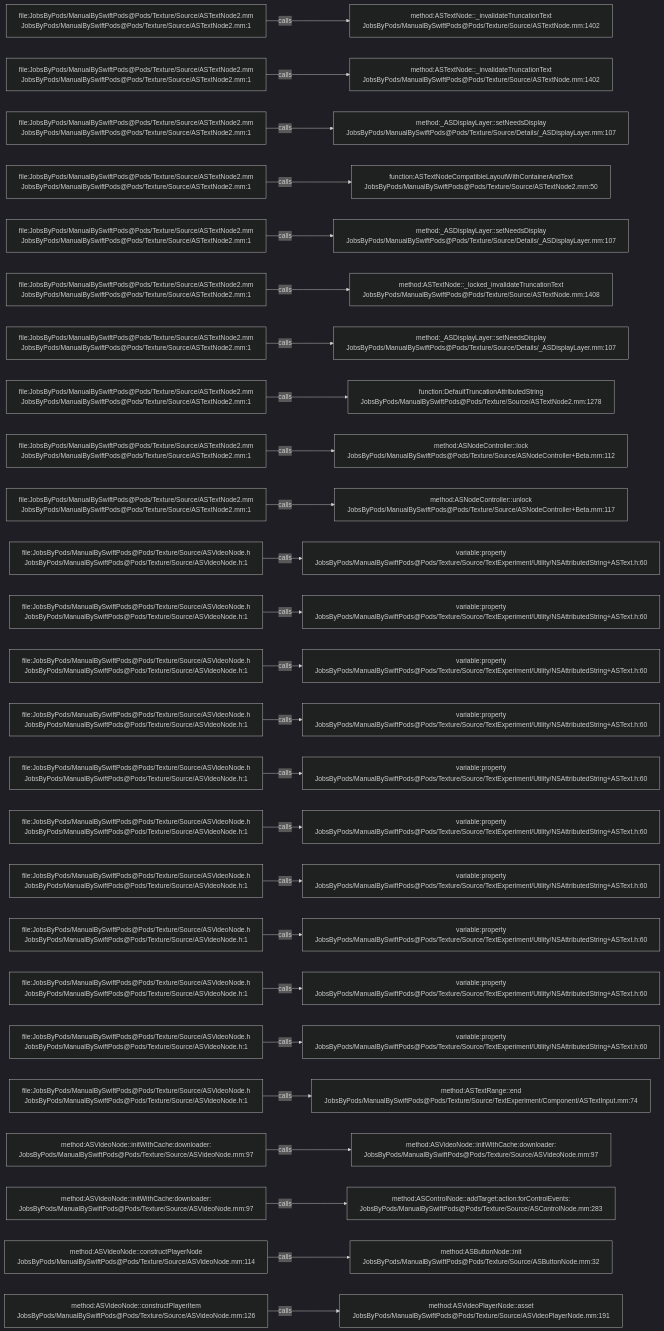
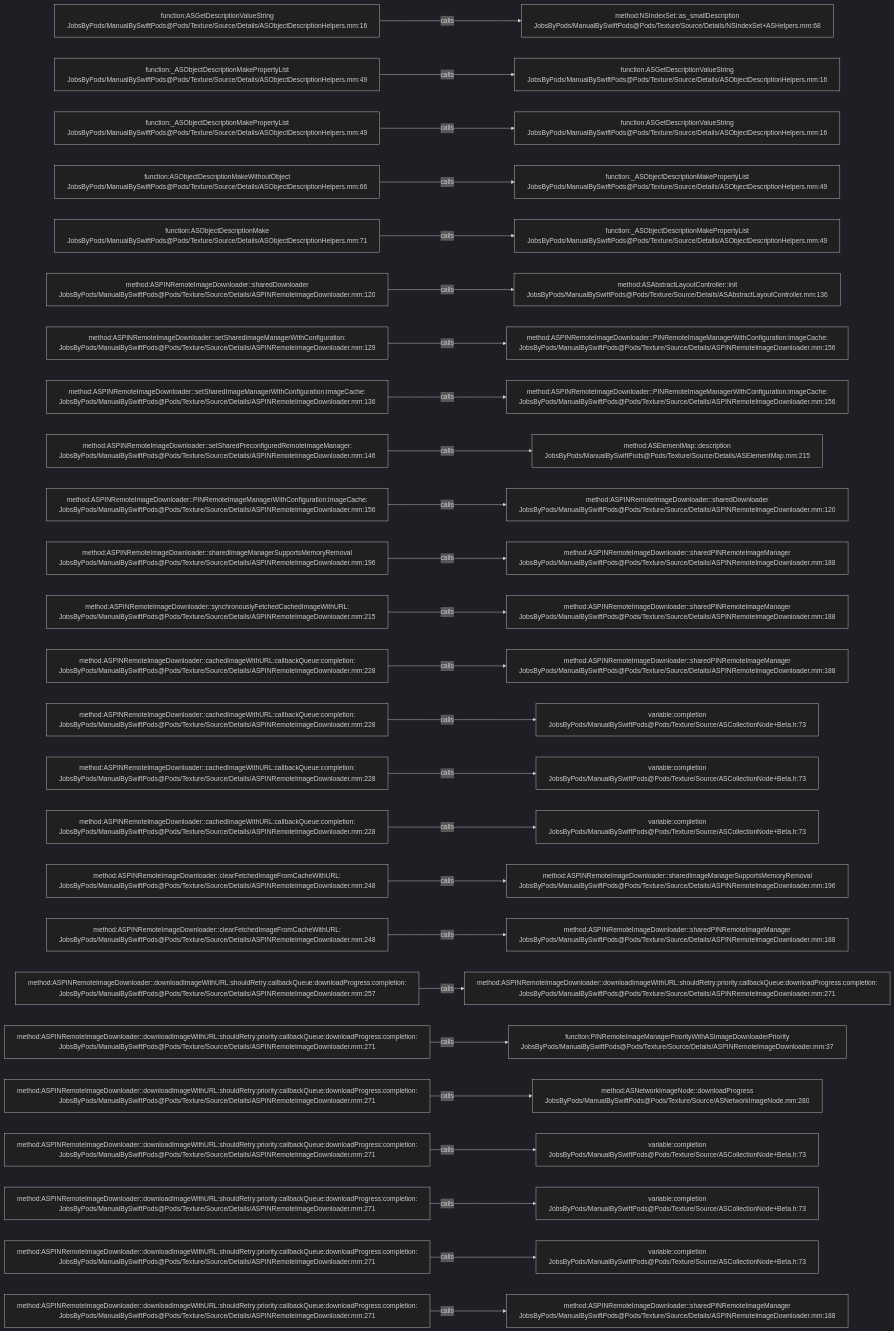
The diagram in .codegraph/codegraph.md/graphs/calls-092.md (JobsKits/JobsSwiftBaseConfigDemo), drawn with Mermaid (dark theme) before and after one commit. The commit also changed 832 other files, not shown here.

````diff
--- a/.codegraph/codegraph.md/graphs/calls-092.md
+++ b/.codegraph/codegraph.md/graphs/calls-092.md
@@ -13,78 +13,78 @@
 ```mermaid
 flowchart LR
-  S1["file:JobsByPods/ManualBySwiftPods@Pods/Texture/Source/ASTextNode2.mm<br/>JobsByPods/ManualBySwiftPods@Pods/Texture/Source/ASTextNode2.mm:1"]
-  T1["method:ASTextNode::_invalidateTruncationText<br/>JobsByPods/ManualBySwiftPods@Pods/Texture/Source/ASTextNode.mm:1402"]
+  S1["function:ASGetDescriptionValueString<br/>JobsByPods/ManualBySwiftPods@Pods/Texture/Source/Details/ASObjectDescriptionHelpers.mm:16"]
+  T1["method:NSIndexSet::as_smallDescription<br/>JobsByPods/ManualBySwiftPods@Pods/Texture/Source/Details/NSIndexSet+ASHelpers.mm:68"]
   S1 -->|calls| T1
-  S2["file:JobsByPods/ManualBySwiftPods@Pods/Texture/Source/ASTextNode2.mm<br/>JobsByPods/ManualBySwiftPods@Pods/Texture/Source/ASTextNode2.mm:1"]
-  T2["method:ASTextNode::_invalidateTruncationText<br/>JobsByPods/ManualBySwiftPods@Pods/Texture/Source/ASTextNode.mm:1402"]
+  S2["function:_ASObjectDescriptionMakePropertyList<br/>JobsByPods/ManualBySwiftPods@Pods/Texture/Source/Details/ASObjectDescriptionHelpers.mm:49"]
+  T2["function:ASGetDescriptionValueString<br/>JobsByPods/ManualBySwiftPods@Pods/Texture/Source/Details/ASObjectDescriptionHelpers.mm:16"]
   S2 -->|calls| T2
-  S3["file:JobsByPods/ManualBySwiftPods@Pods/Texture/Source/ASTextNode2.mm<br/>JobsByPods/ManualBySwiftPods@Pods/Texture/Source/ASTextNode2.mm:1"]
-  T3["method:_ASDisplayLayer::setNeedsDisplay<br/>JobsByPods/ManualBySwiftPods@Pods/Texture/Source/Details/_ASDisplayLayer.mm:107"]
+  S3["function:_ASObjectDescriptionMakePropertyList<br/>JobsByPods/ManualBySwiftPods@Pods/Texture/Source/Details/ASObjectDescriptionHelpers.mm:49"]
+  T3["function:ASGetDescriptionValueString<br/>JobsByPods/ManualBySwiftPods@Pods/Texture/Source/Details/ASObjectDescriptionHelpers.mm:16"]
   S3 -->|calls| T3
-  S4["file:JobsByPods/ManualBySwiftPods@Pods/Texture/Source/ASTextNode2.mm<br/>JobsByPods/ManualBySwiftPods@Pods/Texture/Source/ASTextNode2.mm:1"]
-  T4["function:ASTextNodeCompatibleLayoutWithContainerAndText<br/>JobsByPods/ManualBySwiftPods@Pods/Texture/Source/ASTextNode2.mm:50"]
+  S4["function:ASObjectDescriptionMakeWithoutObject<br/>JobsByPods/ManualBySwiftPods@Pods/Texture/Source/Details/ASObjectDescriptionHelpers.mm:66"]
+  T4["function:_ASObjectDescriptionMakePropertyList<br/>JobsByPods/ManualBySwiftPods@Pods/Texture/Source/Details/ASObjectDescriptionHelpers.mm:49"]
   S4 -->|calls| T4
-  S5["file:JobsByPods/ManualBySwiftPods@Pods/Texture/Source/ASTextNode2.mm<br/>JobsByPods/ManualBySwiftPods@Pods/Texture/Source/ASTextNode2.mm:1"]
-  T5["method:_ASDisplayLayer::setNeedsDisplay<br/>JobsByPods/ManualBySwiftPods@Pods/Texture/Source/Details/_ASDisplayLayer.mm:107"]
+  S5["function:ASObjectDescriptionMake<br/>JobsByPods/ManualBySwiftPods@Pods/Texture/Source/Details/ASObjectDescriptionHelpers.mm:71"]
+  T5["function:_ASObjectDescriptionMakePropertyList<br/>JobsByPods/ManualBySwiftPods@Pods/Texture/Source/Details/ASObjectDescriptionHelpers.mm:49"]
   S5 -->|calls| T5
-  S6["file:JobsByPods/ManualBySwiftPods@Pods/Texture/Source/ASTextNode2.mm<br/>JobsByPods/ManualBySwiftPods@Pods/Texture/Source/ASTextNode2.mm:1"]
-  T6["method:ASTextNode::_locked_invalidateTruncationText<br/>JobsByPods/ManualBySwiftPods@Pods/Texture/Source/ASTextNode.mm:1408"]
+  S6["method:ASPINRemoteImageDownloader::sharedDownloader<br/>JobsByPods/ManualBySwiftPods@Pods/Texture/Source/Details/ASPINRemoteImageDownloader.mm:120"]
+  T6["method:ASAbstractLayoutController::init<br/>JobsByPods/ManualBySwiftPods@Pods/Texture/Source/Details/ASAbstractLayoutController.mm:136"]
   S6 -->|calls| T6
-  S7["file:JobsByPods/ManualBySwiftPods@Pods/Texture/Source/ASTextNode2.mm<br/>JobsByPods/ManualBySwiftPods@Pods/Texture/Source/ASTextNode2.mm:1"]
-  T7["method:_ASDisplayLayer::setNeedsDisplay<br/>JobsByPods/ManualBySwiftPods@Pods/Texture/Source/Details/_ASDisplayLayer.mm:107"]
+  S7["method:ASPINRemoteImageDownloader::setSharedImageManagerWithConfiguration:<br/>JobsByPods/ManualBySwiftPods@Pods/Texture/Source/Details/ASPINRemoteImageDownloader.mm:129"]
+  T7["method:ASPINRemoteImageDownloader::PINRemoteImageManagerWithConfiguration:imageCache:<br/>JobsByPods/ManualBySwiftPods@Pods/Texture/Source/Details/ASPINRemoteImageDownloader.mm:156"]
   S7 -->|calls| T7
-  S8["file:JobsByPods/ManualBySwiftPods@Pods/Texture/Source/ASTextNode2.mm<br/>JobsByPods/ManualBySwiftPods@Pods/Texture/Source/ASTextNode2.mm:1"]
-  T8["function:DefaultTruncationAttributedString<br/>JobsByPods/ManualBySwiftPods@Pods/Texture/Source/ASTextNode2.mm:1278"]
+  S8["method:ASPINRemoteImageDownloader::setSharedImageManagerWithConfiguration:imageCache:<br/>JobsByPods/ManualBySwiftPods@Pods/Texture/Source/Details/ASPINRemoteImageDownloader.mm:136"]
+  T8["method:ASPINRemoteImageDownloader::PINRemoteImageManagerWithConfiguration:imageCache:<br/>JobsByPods/ManualBySwiftPods@Pods/Texture/Source/Details/ASPINRemoteImageDownloader.mm:156"]
   S8 -->|calls| T8
-  S9["file:JobsByPods/ManualBySwiftPods@Pods/Texture/Source/ASTextNode2.mm<br/>JobsByPods/ManualBySwiftPods@Pods/Texture/Source/ASTextNode2.mm:1"]
-  T9["method:ASNodeController::lock<br/>JobsByPods/ManualBySwiftPods@Pods/Texture/Source/ASNodeController+Beta.mm:112"]
+  S9["method:ASPINRemoteImageDownloader::setSharedPreconfiguredRemoteImageManager:<br/>JobsByPods/ManualBySwiftPods@Pods/Texture/Source/Details/ASPINRemoteImageDownloader.mm:146"]
+  T9["method:ASElementMap::description<br/>JobsByPods/ManualBySwiftPods@Pods/Texture/Source/Details/ASElementMap.mm:215"]
   S9 -->|calls| T9
-  S10["file:JobsByPods/ManualBySwiftPods@Pods/Texture/Source/ASTextNode2.mm<br/>JobsByPods/ManualBySwiftPods@Pods/Texture/Source/ASTextNode2.mm:1"]
-  T10["method:ASNodeController::unlock<br/>JobsByPods/ManualBySwiftPods@Pods/Texture/Source/ASNodeController+Beta.mm:117"]
+  S10["method:ASPINRemoteImageDownloader::PINRemoteImageManagerWithConfiguration:imageCache:<br/>JobsByPods/ManualBySwiftPods@Pods/Texture/Source/Details/ASPINRemoteImageDownloader.mm:156"]
+  T10["method:ASPINRemoteImageDownloader::sharedDownloader<br/>JobsByPods/ManualBySwiftPods@Pods/Texture/Source/Details/ASPINRemoteImageDownloader.mm:120"]
   S10 -->|calls| T10
-  S11["file:JobsByPods/ManualBySwiftPods@Pods/Texture/Source/ASVideoNode.h<br/>JobsByPods/ManualBySwiftPods@Pods/Texture/Source/ASVideoNode.h:1"]
-  T11["variable:property<br/>JobsByPods/ManualBySwiftPods@Pods/Texture/Source/TextExperiment/Utility/NSAttributedString+ASText.h:60"]
+  S11["method:ASPINRemoteImageDownloader::sharedImageManagerSupportsMemoryRemoval<br/>JobsByPods/ManualBySwiftPods@Pods/Texture/Source/Details/ASPINRemoteImageDownloader.mm:196"]
+  T11["method:ASPINRemoteImageDownloader::sharedPINRemoteImageManager<br/>JobsByPods/ManualBySwiftPods@Pods/Texture/Source/Details/ASPINRemoteImageDownloader.mm:188"]
   S11 -->|calls| T11
-  S12["file:JobsByPods/ManualBySwiftPods@Pods/Texture/Source/ASVideoNode.h<br/>JobsByPods/ManualBySwiftPods@Pods/Texture/Source/ASVideoNode.h:1"]
-  T12["variable:property<br/>JobsByPods/ManualBySwiftPods@Pods/Texture/Source/TextExperiment/Utility/NSAttributedString+ASText.h:60"]
+  S12["method:ASPINRemoteImageDownloader::synchronouslyFetchedCachedImageWithURL:<br/>JobsByPods/ManualBySwiftPods@Pods/Texture/Source/Details/ASPINRemoteImageDownloader.mm:215"]
+  T12["method:ASPINRemoteImageDownloader::sharedPINRemoteImageManager<br/>JobsByPods/ManualBySwiftPods@Pods/Texture/Source/Details/ASPINRemoteImageDownloader.mm:188"]
   S12 -->|calls| T12
-  S13["file:JobsByPods/ManualBySwiftPods@Pods/Texture/Source/ASVideoNode.h<br/>JobsByPods/ManualBySwiftPods@Pods/Texture/Source/ASVideoNode.h:1"]
-  T13["variable:property<br/>JobsByPods/ManualBySwiftPods@Pods/Texture/Source/TextExperiment/Utility/NSAttributedString+ASText.h:60"]
+  S13["method:ASPINRemoteImageDownloader::cachedImageWithURL:callbackQueue:completion:<br/>JobsByPods/ManualBySwiftPods@Pods/Texture/Source/Details/ASPINRemoteImageDownloader.mm:228"]
+  T13["method:ASPINRemoteImageDownloader::sharedPINRemoteImageManager<br/>JobsByPods/ManualBySwiftPods@Pods/Texture/Source/Details/ASPINRemoteImageDownloader.mm:188"]
   S13 -->|calls| T13
-  S14["file:JobsByPods/ManualBySwiftPods@Pods/Texture/Source/ASVideoNode.h<br/>JobsByPods/ManualBySwiftPods@Pods/Texture/Source/ASVideoNode.h:1"]
-  T14["variable:property<br/>JobsByPods/ManualBySwiftPods@Pods/Texture/Source/TextExperiment/Utility/NSAttributedString+ASText.h:60"]
+  S14["method:ASPINRemoteImageDownloader::cachedImageWithURL:callbackQueue:completion:<br/>JobsByPods/ManualBySwiftPods@Pods/Texture/Source/Details/ASPINRemoteImageDownloader.mm:228"]
+  T14["variable:completion<br/>JobsByPods/ManualBySwiftPods@Pods/Texture/Source/ASCollectionNode+Beta.h:73"]
   S14 -->|calls| T14
-  S15["file:JobsByPods/ManualBySwiftPods@Pods/Texture/Source/ASVideoNode.h<br/>JobsByPods/ManualBySwiftPods@Pods/Texture/Source/ASVideoNode.h:1"]
-  T15["variable:property<br/>JobsByPods/ManualBySwiftPods@Pods/Texture/Source/TextExperiment/Utility/NSAttributedString+ASText.h:60"]
+  S15["method:ASPINRemoteImageDownloader::cachedImageWithURL:callbackQueue:completion:<br/>JobsByPods/ManualBySwiftPods@Pods/Texture/Source/Details/ASPINRemoteImageDownloader.mm:228"]
+  T15["variable:completion<br/>JobsByPods/ManualBySwiftPods@Pods/Texture/Source/ASCollectionNode+Beta.h:73"]
   S15 -->|calls| T15
-  S16["file:JobsByPods/ManualBySwiftPods@Pods/Texture/Source/ASVideoNode.h<br/>JobsByPods/ManualBySwiftPods@Pods/Texture/Source/ASVideoNode.h:1"]
-  T16["variable:property<br/>JobsByPods/ManualBySwiftPods@Pods/Texture/Source/TextExperiment/Utility/NSAttributedString+ASText.h:60"]
+  S16["method:ASPINRemoteImageDownloader::cachedImageWithURL:callbackQueue:completion:<br/>JobsByPods/ManualBySwiftPods@Pods/Texture/Source/Details/ASPINRemoteImageDownloader.mm:228"]
+  T16["variable:completion<br/>JobsByPods/ManualBySwiftPods@Pods/Texture/Source/ASCollectionNode+Beta.h:73"]
   S16 -->|calls| T16
-  S17["file:JobsByPods/ManualBySwiftPods@Pods/Texture/Source/ASVideoNode.h<br/>JobsByPods/ManualBySwiftPods@Pods/Texture/Source/ASVideoNode.h:1"]
-  T17["variable:property<br/>JobsByPods/ManualBySwiftPods@Pods/Texture/Source/TextExperiment/Utility/NSAttributedString+ASText.h:60"]
+  S17["method:ASPINRemoteImageDownloader::clearFetchedImageFromCacheWithURL:<br/>JobsByPods/ManualBySwiftPods@Pods/Texture/Source/Details/ASPINRemoteImageDownloader.mm:248"]
+  T17["method:ASPINRemoteImageDownloader::sharedImageManagerSupportsMemoryRemoval<br/>JobsByPods/ManualBySwiftPods@Pods/Texture/Source/Details/ASPINRemoteImageDownloader.mm:196"]
   S17 -->|calls| T17
-  S18["file:JobsByPods/ManualBySwiftPods@Pods/Texture/Source/ASVideoNode.h<br/>JobsByPods/ManualBySwiftPods@Pods/Texture/Source/ASVideoNode.h:1"]
-  T18["variable:property<br/>JobsByPods/ManualBySwiftPods@Pods/Texture/Source/TextExperiment/Utility/NSAttributedString+ASText.h:60"]
+  S18["method:ASPINRemoteImageDownloader::clearFetchedImageFromCacheWithURL:<br/>JobsByPods/ManualBySwiftPods@Pods/Texture/Source/Details/ASPINRemoteImageDownloader.mm:248"]
+  T18["method:ASPINRemoteImageDownloader::sharedPINRemoteImageManager<br/>JobsByPods/ManualBySwiftPods@Pods/Texture/Source/Details/ASPINRemoteImageDownloader.mm:188"]
   S18 -->|calls| T18
-  S19["file:JobsByPods/ManualBySwiftPods@Pods/Texture/Source/ASVideoNode.h<br/>JobsByPods/ManualBySwiftPods@Pods/Texture/Source/ASVideoNode.h:1"]
-  T19["variable:property<br/>JobsByPods/ManualBySwiftPods@Pods/Texture/Source/TextExperiment/Utility/NSAttributedString+ASText.h:60"]
+  S19["method:ASPINRemoteImageDownloader::downloadImageWithURL:shouldRetry:callbackQueue:downloadProgress:completion:<br/>JobsByPods/ManualBySwiftPods@Pods/Texture/Source/Details/ASPINRemoteImageDownloader.mm:257"]
+  T19["method:ASPINRemoteImageDownloader::downloadImageWithURL:shouldRetry:priority:callbackQueue:downloadProgress:completion:<br/>JobsByPods/ManualBySwiftPods@Pods/Texture/Source/Details/ASPINRemoteImageDownloader.mm:271"]
   S19 -->|calls| T19
-  S20["file:JobsByPods/ManualBySwiftPods@Pods/Texture/Source/ASVideoNode.h<br/>JobsByPods/ManualBySwiftPods@Pods/Texture/Source/ASVideoNode.h:1"]
-  T20["variable:property<br/>JobsByPods/ManualBySwiftPods@Pods/Texture/Source/TextExperiment/Utility/NSAttributedString+ASText.h:60"]
+  S20["method:ASPINRemoteImageDownloader::downloadImageWithURL:shouldRetry:priority:callbackQueue:downloadProgress:completion:<br/>JobsByPods/ManualBySwiftPods@Pods/Texture/Source/Details/ASPINRemoteImageDownloader.mm:271"]
+  T20["function:PINRemoteImageManagerPriorityWithASImageDownloaderPriority<br/>JobsByPods/ManualBySwiftPods@Pods/Texture/Source/Details/ASPINRemoteImageDownloader.mm:37"]
   S20 -->|calls| T20
-  S21["file:JobsByPods/ManualBySwiftPods@Pods/Texture/Source/ASVideoNode.h<br/>JobsByPods/ManualBySwiftPods@Pods/Texture/Source/ASVideoNode.h:1"]
-  T21["method:ASTextRange::end<br/>JobsByPods/ManualBySwiftPods@Pods/Texture/Source/TextExperiment/Component/ASTextInput.mm:74"]
+  S21["method:ASPINRemoteImageDownloader::downloadImageWithURL:shouldRetry:priority:callbackQueue:downloadProgress:completion:<br/>JobsByPods/ManualBySwiftPods@Pods/Texture/Source/Details/ASPINRemoteImageDownloader.mm:271"]
+  T21["method:ASNetworkImageNode::downloadProgress<br/>JobsByPods/ManualBySwiftPods@Pods/Texture/Source/ASNetworkImageNode.mm:280"]
   S21 -->|calls| T21
-  S22["method:ASVideoNode::initWithCache:downloader:<br/>JobsByPods/ManualBySwiftPods@Pods/Texture/Source/ASVideoNode.mm:97"]
-  T22["method:ASVideoNode::initWithCache:downloader:<br/>JobsByPods/ManualBySwiftPods@Pods/Texture/Source/ASVideoNode.mm:97"]
+  S22["method:ASPINRemoteImageDownloader::downloadImageWithURL:shouldRetry:priority:callbackQueue:downloadProgress:completion:<br/>JobsByPods/ManualBySwiftPods@Pods/Texture/Source/Details/ASPINRemoteImageDownloader.mm:271"]
+  T22["variable:completion<br/>JobsByPods/ManualBySwiftPods@Pods/Texture/Source/ASCollectionNode+Beta.h:73"]
   S22 -->|calls| T22
-  S23["method:ASVideoNode::initWithCache:downloader:<br/>JobsByPods/ManualBySwiftPods@Pods/Texture/Source/ASVideoNode.mm:97"]
-  T23["method:ASControlNode::addTarget:action:forControlEvents:<br/>JobsByPods/ManualBySwiftPods@Pods/Texture/Source/ASControlNode.mm:283"]
+  S23["method:ASPINRemoteImageDownloader::downloadImageWithURL:shouldRetry:priority:callbackQueue:downloadProgress:completion:<br/>JobsByPods/ManualBySwiftPods@Pods/Texture/Source/Details/ASPINRemoteImageDownloader.mm:271"]
+  T23["variable:completion<br/>JobsByPods/ManualBySwiftPods@Pods/Texture/Source/ASCollectionNode+Beta.h:73"]
   S23 -->|calls| T23
-  S24["method:ASVideoNode::constructPlayerNode<br/>JobsByPods/ManualBySwiftPods@Pods/Texture/Source/ASVideoNode.mm:114"]
-  T24["method:ASButtonNode::init<br/>JobsByPods/ManualBySwiftPods@Pods/Texture/Source/ASButtonNode.mm:32"]
+  S24["method:ASPINRemoteImageDownloader::downloadImageWithURL:shouldRetry:priority:callbackQueue:downloadProgress:completion:<br/>JobsByPods/ManualBySwiftPods@Pods/Texture/Source/Details/ASPINRemoteImageDownloader.mm:271"]
+  T24["variable:completion<br/>JobsByPods/ManualBySwiftPods@Pods/Texture/Source/ASCollectionNode+Beta.h:73"]
   S24 -->|calls| T24
-  S25["method:ASVideoNode::constructPlayerItem<br/>JobsByPods/ManualBySwiftPods@Pods/Texture/Source/ASVideoNode.mm:126"]
-  T25["method:ASVideoPlayerNode::asset<br/>JobsByPods/ManualBySwiftPods@Pods/Texture/Source/ASVideoPlayerNode.mm:191"]
+  S25["method:ASPINRemoteImageDownloader::downloadImageWithURL:shouldRetry:priority:callbackQueue:downloadProgress:completion:<br/>JobsByPods/ManualBySwiftPods@Pods/Texture/Source/Details/ASPINRemoteImageDownloader.mm:271"]
+  T25["method:ASPINRemoteImageDownloader::sharedPINRemoteImageManager<br/>JobsByPods/ManualBySwiftPods@Pods/Texture/Source/Details/ASPINRemoteImageDownloader.mm:188"]
   S25 -->|calls| T25
 ```
````
